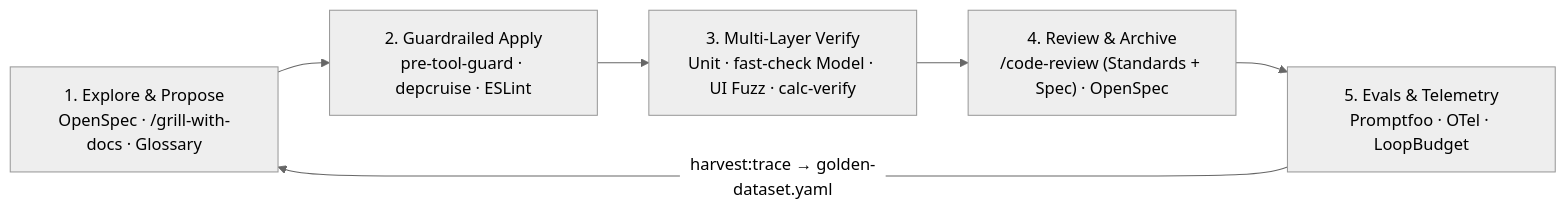
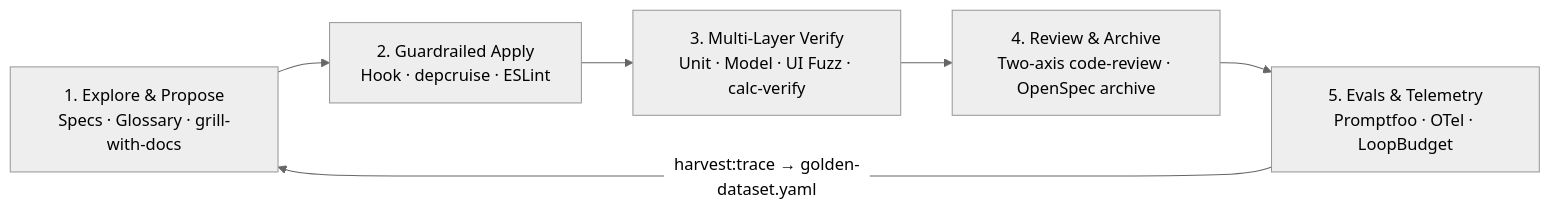
Before and after one commit to ndsrf/CalculatorApp: the diagram in README.md, drawn with Mermaid (neutral theme). The commit also changed other lines of this file and 18 other files, not shown here.

````diff
--- a/README.md
+++ b/README.md
@@ -11,8 +85,8 @@
 ```mermaid
 flowchart LR
-    A["1. Explore & Propose<br/>OpenSpec · /grill-with-docs · Glossary"] --> B["2. Guardrailed Apply<br/>pre-tool-guard · depcruise · ESLint"]
-    B --> C["3. Multi-Layer Verify<br/>Unit · fast-check Model · UI Fuzz · calc-verify"]
-    C --> D["4. Review & Archive<br/>/code-review (Standards + Spec) · OpenSpec"]
+    A["1. Explore & Propose<br/>Specs · Glossary · grill-with-docs"] --> B["2. Guardrailed Apply<br/>Hook · depcruise · ESLint"]
+    B --> C["3. Multi-Layer Verify<br/>Unit · Model · UI Fuzz · calc-verify"]
+    C --> D["4. Review & Archive<br/>Two-axis code-review · OpenSpec archive"]
     D --> E["5. Evals & Telemetry<br/>Promptfoo · OTel · LoopBudget"]
     E -->|"harvest:trace → golden-dataset.yaml"| A
 ```
````
